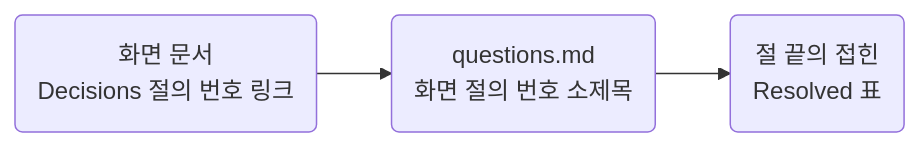
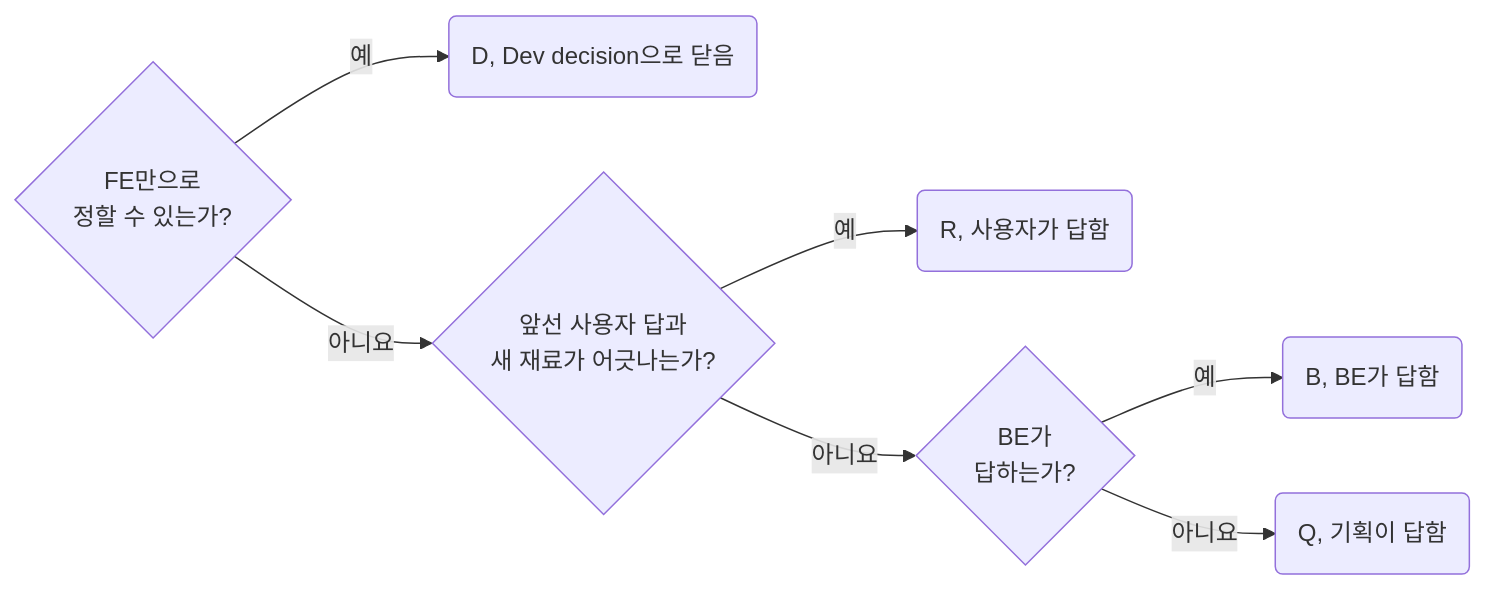
The diagram in skill/blueprint/rules/02-01-question-keep-every-number-in-one-page.md (nomeehej/agent-conventions), drawn with Mermaid before and after one commit. The commit also changed other lines of this file and 62 other files, not shown here.

````diff
--- a/skill/blueprint/rules/02-01-question-keep-every-number-in-one-page.md
+++ b/skill/blueprint/rules/02-01-question-keep-every-number-in-one-page.md
@@ -18,4 +18,7 @@
 ```mermaid
 flowchart LR
-	s("화면 문서<br>Decisions 절의 번호 링크") --> q("questions.md<br>화면 절의 번호 소제목") --> r("절 끝의 접힌<br>Resolved 표")
+	q1{"FE만으로<br>정할 수 있는가?"} -- 예 --> d("D, Dev decision으로 닫음")
+	q1 -- 아니요 --> q2{"앞선 사용자 답과<br>새 재료가 어긋나는가?"} -- 예 --> r("R, 사용자가 답함")
+	q2 -- 아니요 --> q3{"BE가<br>답하는가?"} -- 예 --> b("B, BE가 답함")
+	q3 -- 아니요 --> q("Q, 기획이 답함")
 ```
````
